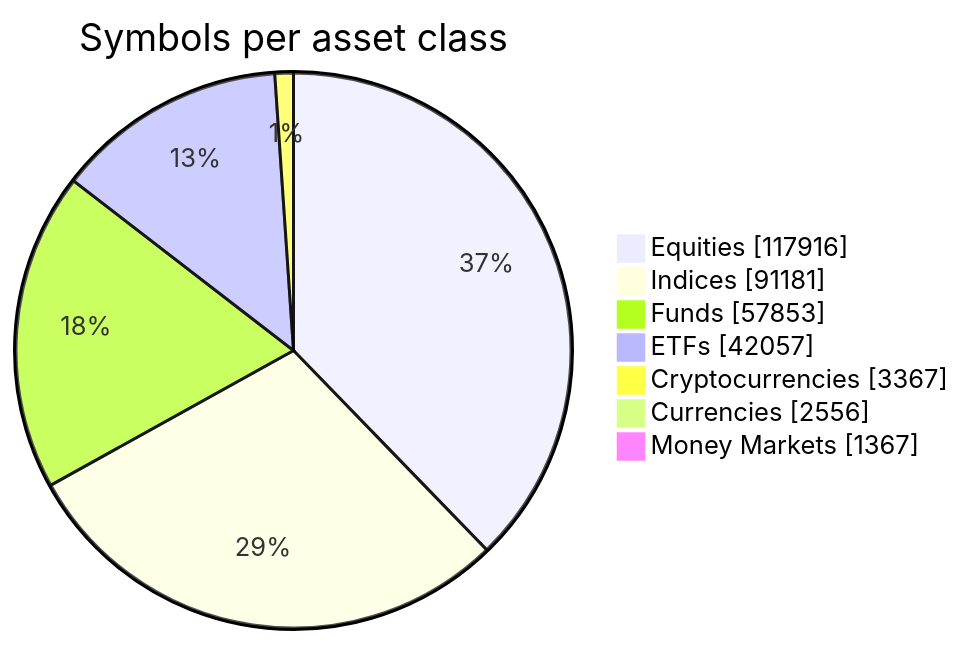
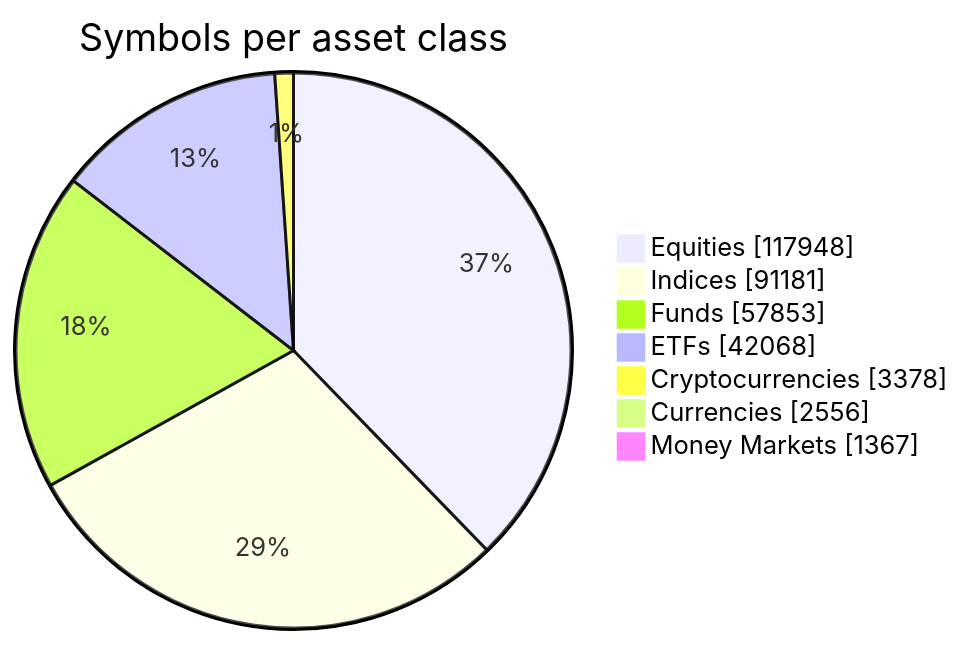
One commit to zqf20096327/dbhub_collect changed the diagram in data/readmes/JerBouma__FinanceDatabase.md. Above: the diagram before and after it, drawn with Mermaid. The commit also changed other lines of this file and 376 other files, not shown here.

````diff
--- a/data/readmes/JerBouma__FinanceDatabase.md
+++ b/data/readmes/JerBouma__FinanceDatabase.md
@@ -46,11 +49,11 @@
 ```mermaid
 pie showData
     title Symbols per asset class
-    "Equities" : 117916
+    "Equities" : 117948
     "Indices" : 91181
     "Funds" : 57853
-    "ETFs" : 42057
-    "Cryptocurrencies" : 3367
+    "ETFs" : 42068
+    "Cryptocurrencies" : 3378
     "Currencies" : 2556
     "Money Markets" : 1367
 ```
````
